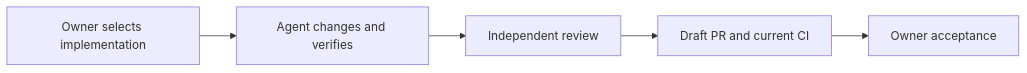
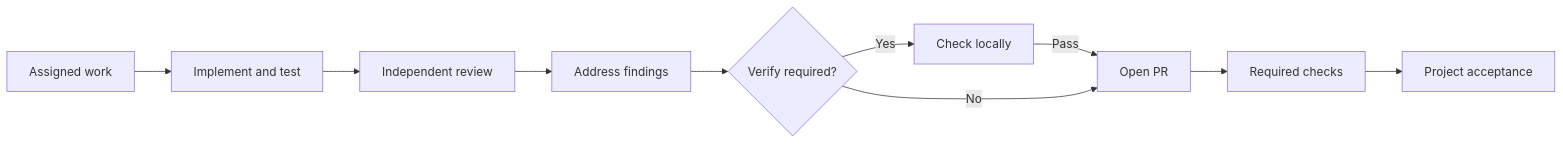
One commit to KirillSachkov/agent-kit changed the diagram in skills/engineering/pr/PRESENTATION.md. Above: the diagram before and after it, drawn with Mermaid. The commit also changed 12 other files, not shown here.

Commit message:
Carry one review and local verification through each delivery

````diff
--- a/skills/engineering/pr/PRESENTATION.md
+++ b/skills/engineering/pr/PRESENTATION.md
@@ -27,7 +27,12 @@
 ```mermaid
 flowchart LR
-    owner[Owner selects implementation] --> agent[Agent changes and verifies]
+    owner[Assigned work] --> agent[Implement and test]
     agent --> review[Independent review]
-    review --> pr[Draft PR and current CI]
-    pr --> acceptance[Owner acceptance]
+    review --> fixes[Address findings]
+    fixes --> verify{Verify required?}
+    verify -->|Yes| local[Check locally]
+    local -->|Pass| pr[Open PR]
+    verify -->|No| pr
+    pr --> ci[Required checks]
+    ci --> acceptance[Project acceptance]
 ```
````
